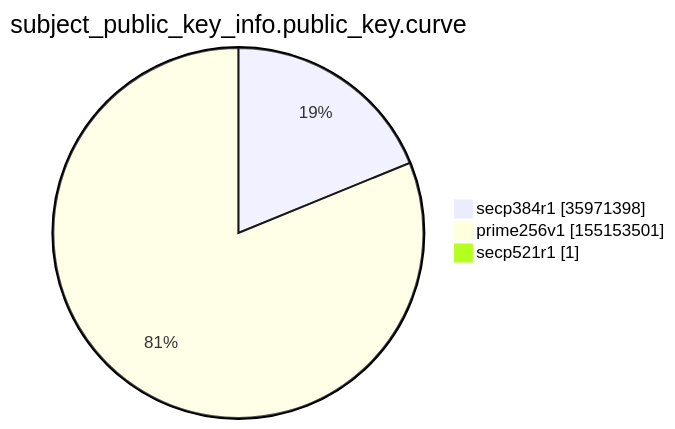
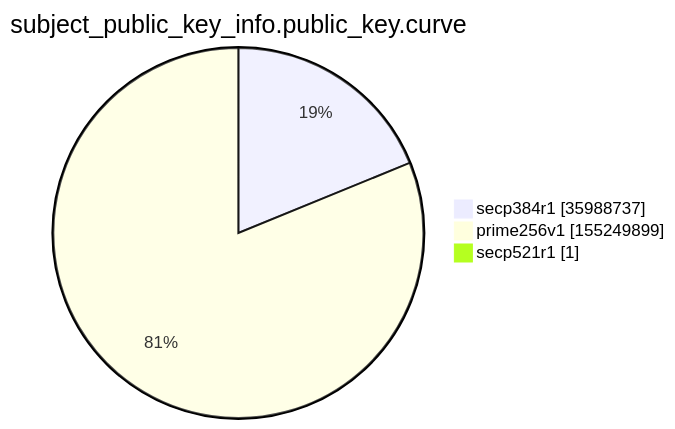
Before and after one commit to christiankrug/ctmonitor_visualization: the ninth of 15 diagrams in argon2022/README.md, drawn with Mermaid. The commit also changed other lines of this file, not shown here.

````diff
--- a/argon2022/README.md
+++ b/argon2022/README.md
@@ -2766,7 +2766,7 @@
 ```mermaid
 pie showData
 title subject_public_key_info.public_key.curve
-"secp384r1" :35971398
-"prime256v1" :155153501
+"secp384r1" :35988737
+"prime256v1" :155249899
 "secp521r1" :1
 ```
````
